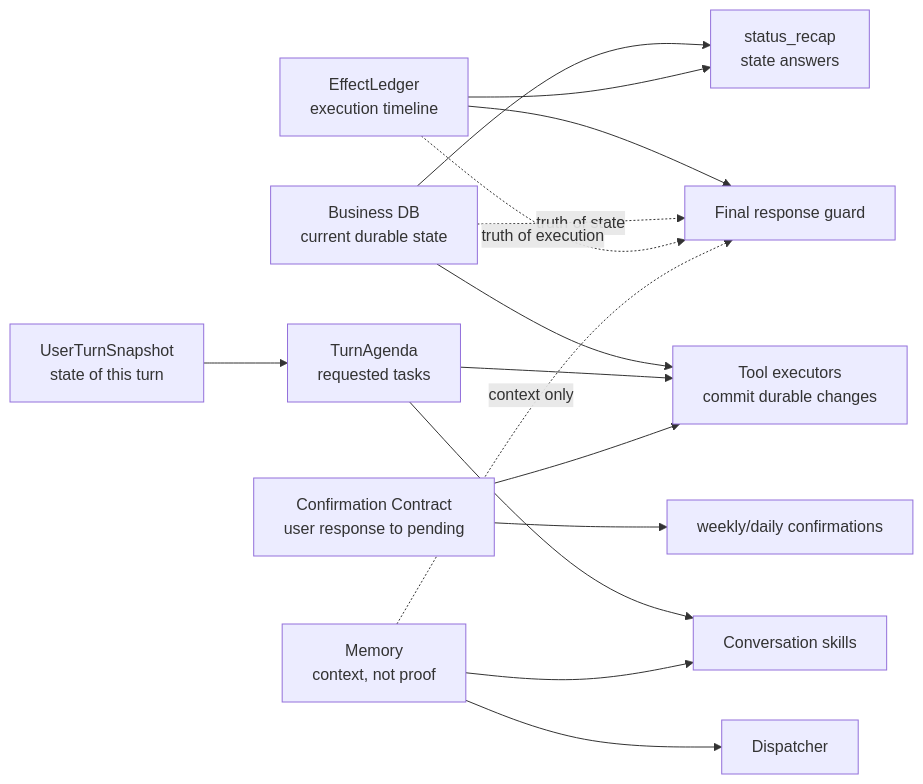
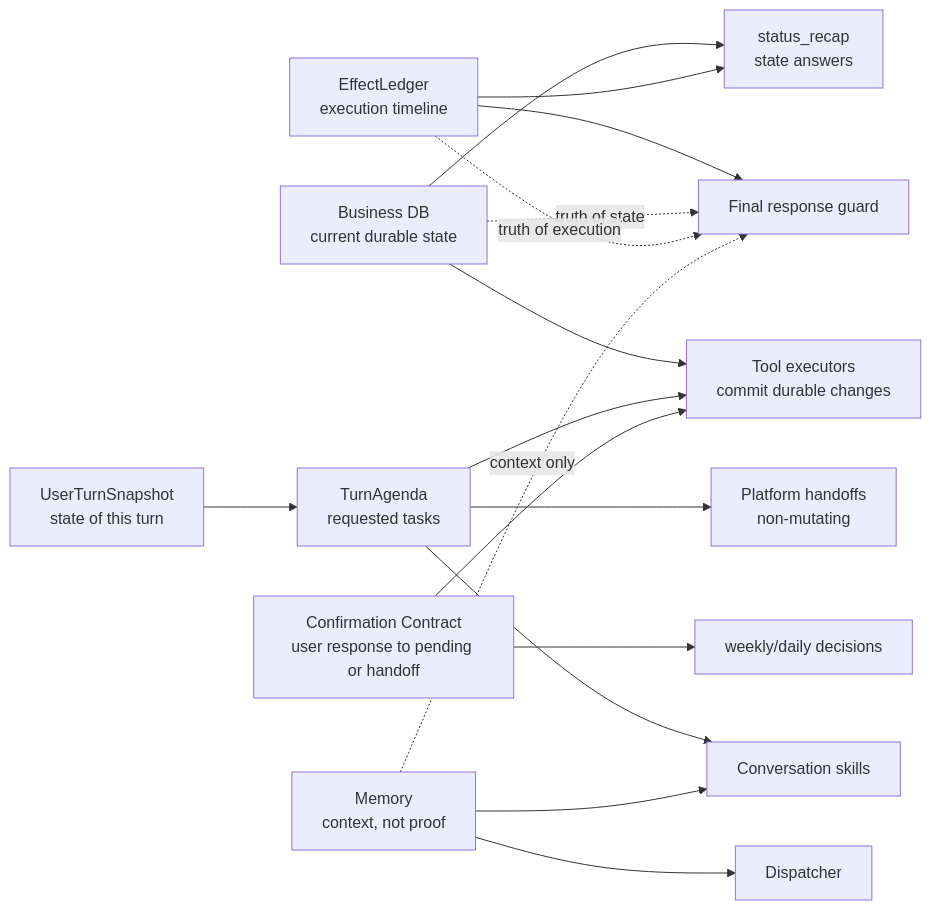
The second of 8 diagrams in docs/agent-playbook/New/runtime-contracts/06-sophia-brain-runtime-diagram.md (thomasgenty15-afk/Sophia), drawn with Mermaid before and after one commit. The commit also changed other lines of this file and 2365 other files, not shown here.

````diff
--- a/docs/agent-playbook/New/runtime-contracts/06-sophia-brain-runtime-diagram.md
+++ b/docs/agent-playbook/New/runtime-contracts/06-sophia-brain-runtime-diagram.md
@@ -42,22 +48,23 @@
 ```mermaid
 flowchart LR
   DB["Business DB\ncurrent durable state"] --> STATUS["status_recap\nstate answers"]
   DB --> TOOLS["Tool executors\ncommit durable changes"]
 
   LEDGER["EffectLedger\nexecution timeline"] --> FINAL["Final response guard"]
   LEDGER --> STATUS
 
   SNAP["UserTurnSnapshot\nstate of this turn"] --> AGENDA["TurnAgenda\nrequested tasks"]
   AGENDA --> TOOLS
+  AGENDA --> HANDOFFS["Platform handoffs\nnon-mutating"]
   AGENDA --> CONV["Conversation skills"]
 
-  CONF["Confirmation Contract\nuser response to pending"] --> TOOLS
-  CONF --> WEEKLY["weekly/daily confirmations"]
+  CONF["Confirmation Contract\nuser response to pending or handoff"] --> TOOLS
+  CONF --> WEEKLY["weekly/daily decisions"]
 
   MEMORY["Memory\ncontext, not proof"] --> DISP["Dispatcher"]
   MEMORY --> CONV
 
   DB -. "truth of state" .-> FINAL
   LEDGER -. "truth of execution" .-> FINAL
   MEMORY -. "context only" .-> FINAL
 ```
````
